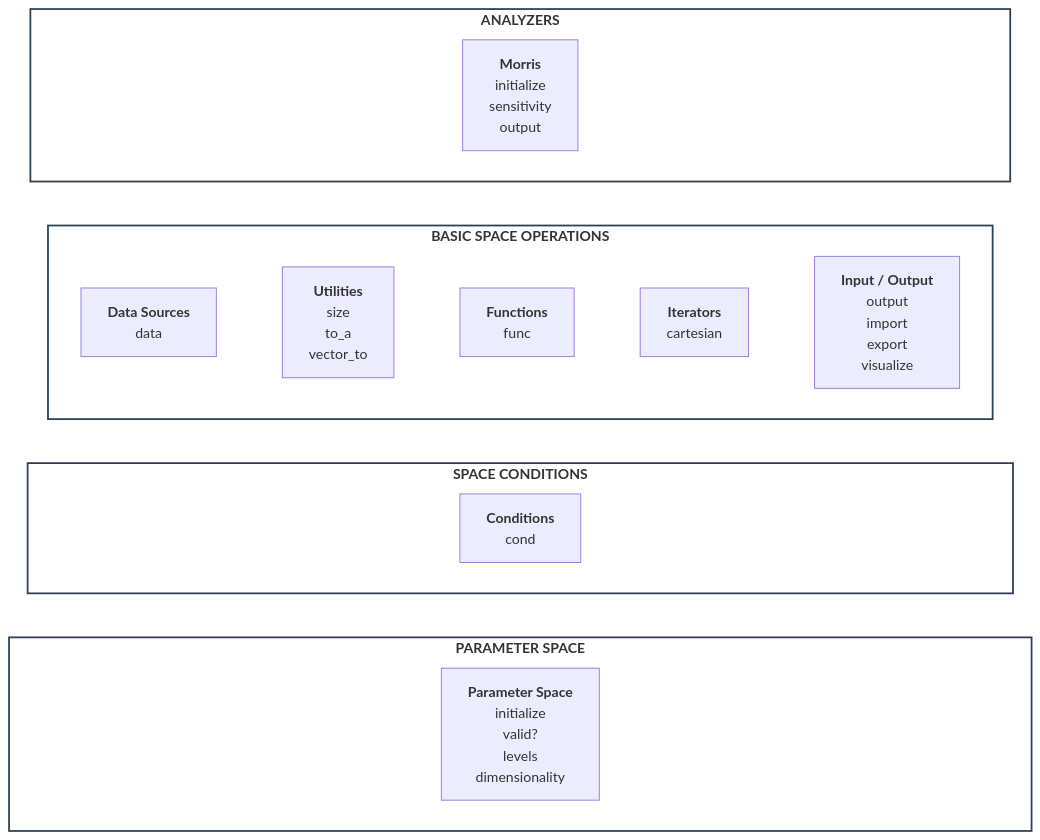
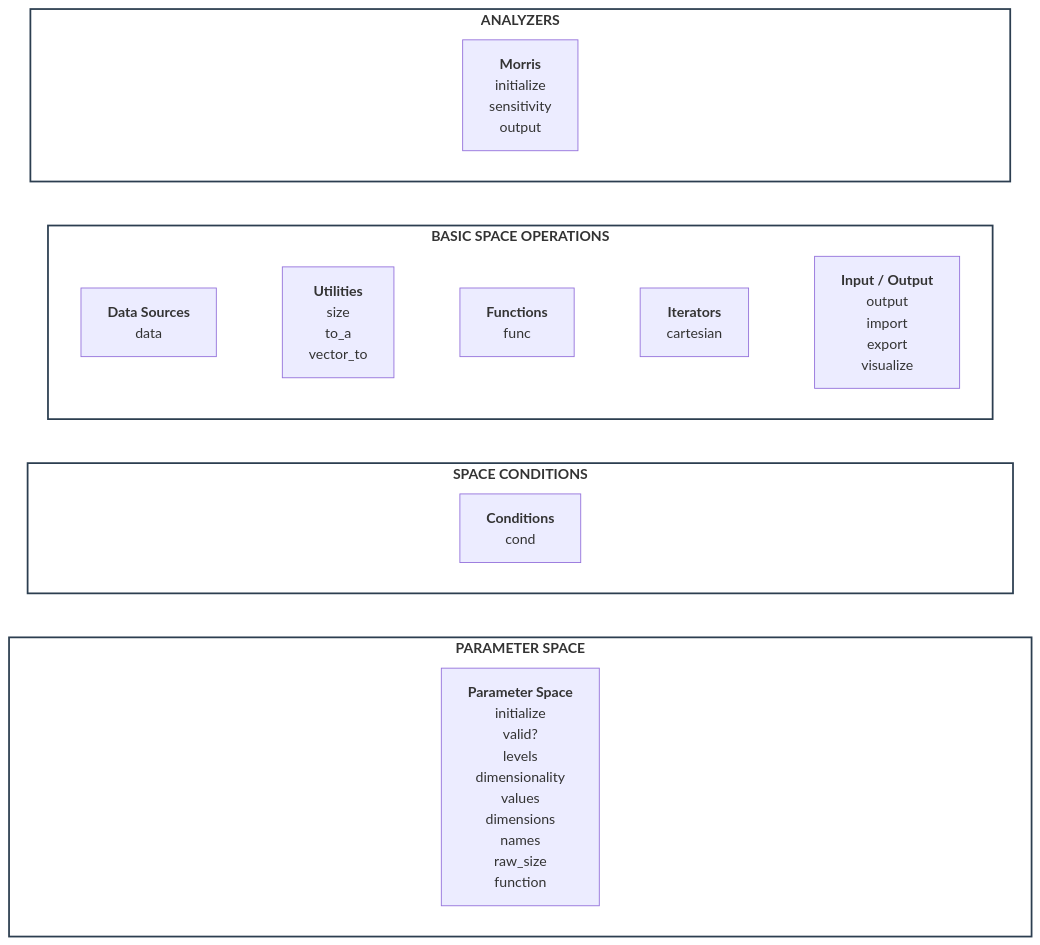
The diagram in docs/api/api.md (Yuri-Rassokhin/flex-cartesian), drawn with Mermaid before and after one commit. The commit also changed other lines of this file, not shown here.

````diff
--- a/docs/api/api.md
+++ b/docs/api/api.md
@@ -6,31 +6,31 @@
 ```mermaid
 flowchart TB
     classDef layer fill:#ffffff,stroke:#2c3e50,stroke-width:2px;
     classDef ghost fill:transparent,stroke:transparent,color:transparent;
 
     subgraph Analyzers ["<b>ANALYZERS</b>"]
         direction LR
         gA1["xxxxxxxxxxxxxxxxxxxxxxxxxxxxxxxxxxxxxxxx"]:::ghost ~~~ M["<b>Morris</b><br/>initialize<br/>sensitivity<br/>output"] ~~~ gA2["xxxxxxxxxxxxxxxxxxxxxxxxxxxxxxxxxxxxxxxx"]:::ghost
     end
 
     subgraph Core ["<b>BASIC SPACE OPERATIONS</b>"]
         direction LR
         DS["<b>Data Sources</b><br/>data"] ~~~ UT["<b>Utilities</b><br/>size<br/>to_a<br/>vector_to"] ~~~ FN["<b>Functions</b><br/>func"] ~~~ IT["<b>Iterators</b><br/>cartesian"] ~~~ IO["<b>Input / Output</b><br/>output<br/>import<br/>export<br/>visualize"]
     end
 
     subgraph Cond ["<b>SPACE CONDITIONS</b>"]
         direction LR
         gC1["xxxxxxxxxxxxxxxxxxxxxxxxxxxxxxxxxxxxxxxx"]:::ghost ~~~ C["<b>Conditions</b><br/>cond"] ~~~ gC2["xxxxxxxxxxxxxxxxxxxxxxxxxxxxxxxxxxxxxxxx"]:::ghost
     end
 
     subgraph Params ["<b>PARAMETER SPACE</b>"]
         direction LR
-        gP1["xxxxxxxxxxxxxxxxxxxxxxxxxxxxxxxxxxxxxxxx"]:::ghost ~~~ PS["<b>Parameter Space</b><br/>initialize<br/>valid?<br/>levels<br/>dimensionality"] ~~~ gP2["xxxxxxxxxxxxxxxxxxxxxxxxxxxxxxxxxxxxxxxx"]:::ghost
+        gP1["xxxxxxxxxxxxxxxxxxxxxxxxxxxxxxxxxxxxxxxx"]:::ghost ~~~ PS["<b>Parameter Space</b><br/>initialize<br/>valid?<br/>levels<br/>dimensionality<br/>values<br/>dimensions<br/>names<br/>raw_size<br/>function"] ~~~ gP2["xxxxxxxxxxxxxxxxxxxxxxxxxxxxxxxxxxxxxxxx"]:::ghost
     end
 
     Analyzers ~~~ Core
     Core ~~~ Cond
     Cond ~~~ Params
 
     class Analyzers,Core,Cond,Params layer;
 ```
````
